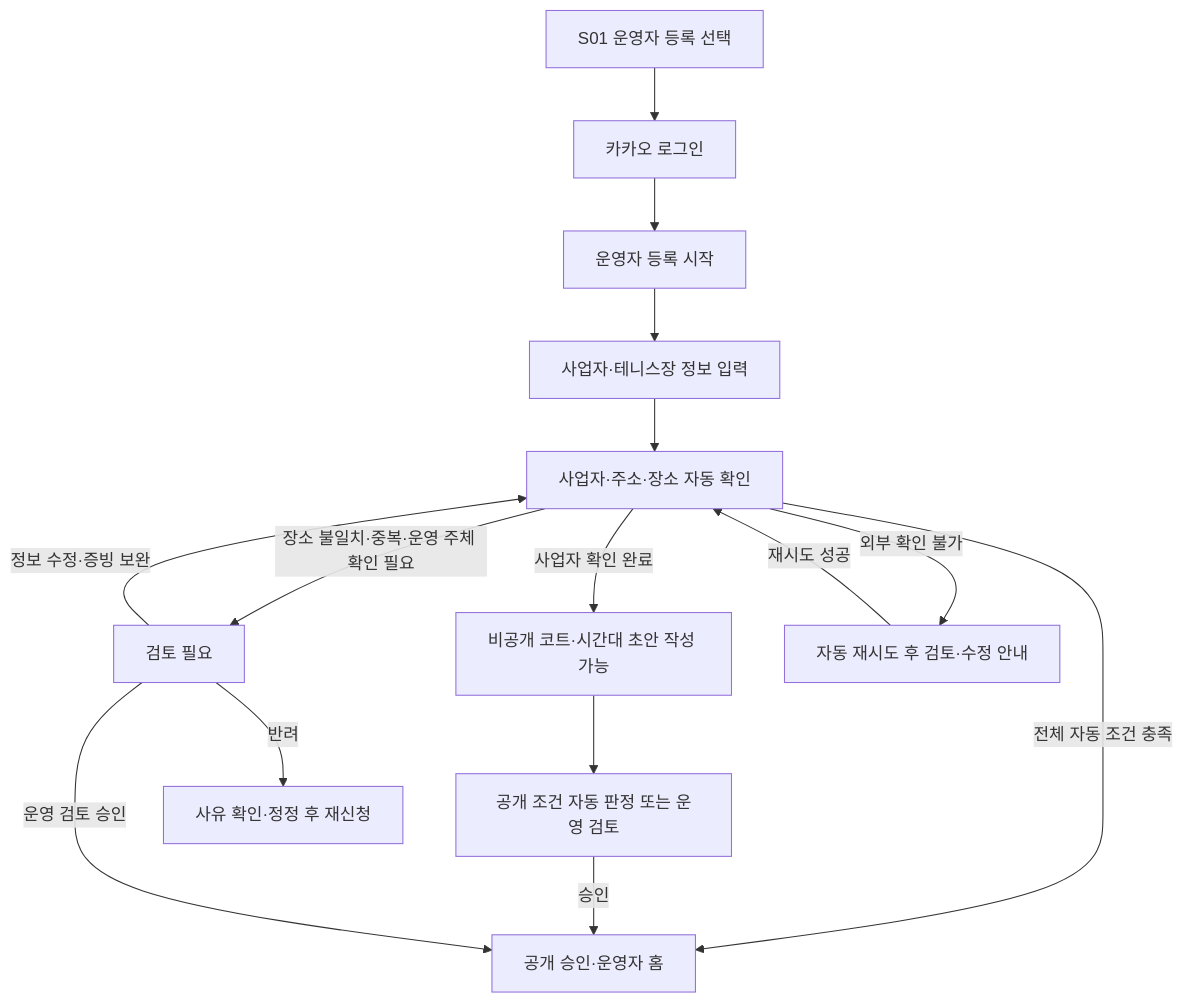
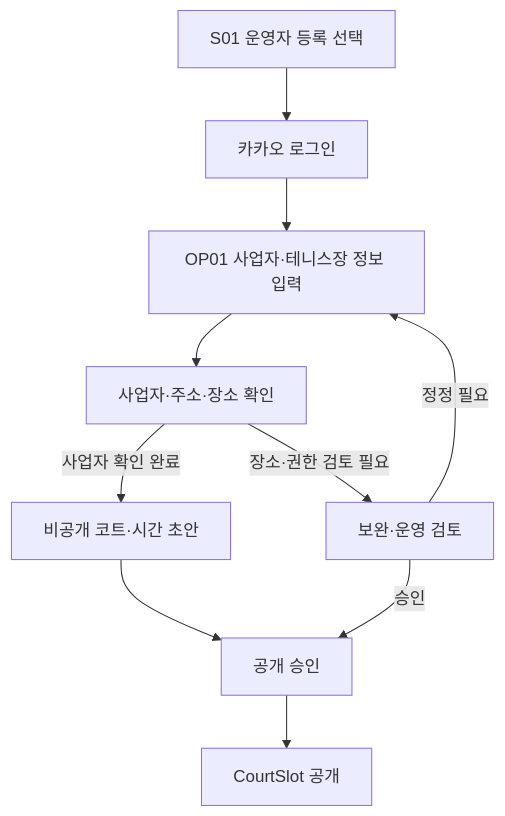
Before and after one commit to jsl0319/tennis-mate: the first of 3 diagrams in docs/03-1-court-partner-screen-spec.md, drawn with Mermaid. The commit also changed other lines of this file and 26 other files, not shown here.

````diff
--- a/docs/03-1-court-partner-screen-spec.md
+++ b/docs/03-1-court-partner-screen-spec.md
@@ -153,17 +134,12 @@
 ```mermaid
 flowchart TD
     A["S01 운영자 등록 선택"] --> B["카카오 로그인"]
-    B --> C["운영자 등록 시작"]
-    C --> D["사업자·테니스장 정보 입력"]
-    D --> E["사업자·주소·장소 자동 확인"]
-    E -->|사업자 확인 완료| F["비공개 코트·시간대 초안 작성 가능"]
-    E -->|전체 자동 조건 충족| H["공개 승인·운영자 홈"]
-    E -->|장소 불일치·중복·운영 주체 확인 필요| G["검토 필요"]
-    E -->|외부 확인 불가| I["자동 재시도 후 검토·수정 안내"]
-    F --> J["공개 조건 자동 판정 또는 운영 검토"]
-    J -->|승인| H
-    G -->|정보 수정·증빙 보완| E
-    G -->|운영 검토 승인| H
-    G -->|반려| K["사유 확인·정정 후 재신청"]
-    I -->|재시도 성공| E
+    B --> C["OP01 사업자·테니스장 정보 입력"]
+    C --> D["사업자·주소·장소 확인"]
+    D -->|사업자 확인 완료| E["비공개 코트·시간 초안"]
+    D -->|장소·권한 검토 필요| F["보완·운영 검토"]
+    E --> G["공개 승인"]
+    F -->|승인| G
+    F -->|정정 필요| C
+    G --> H["CourtSlot 공개"]
 ```
````
